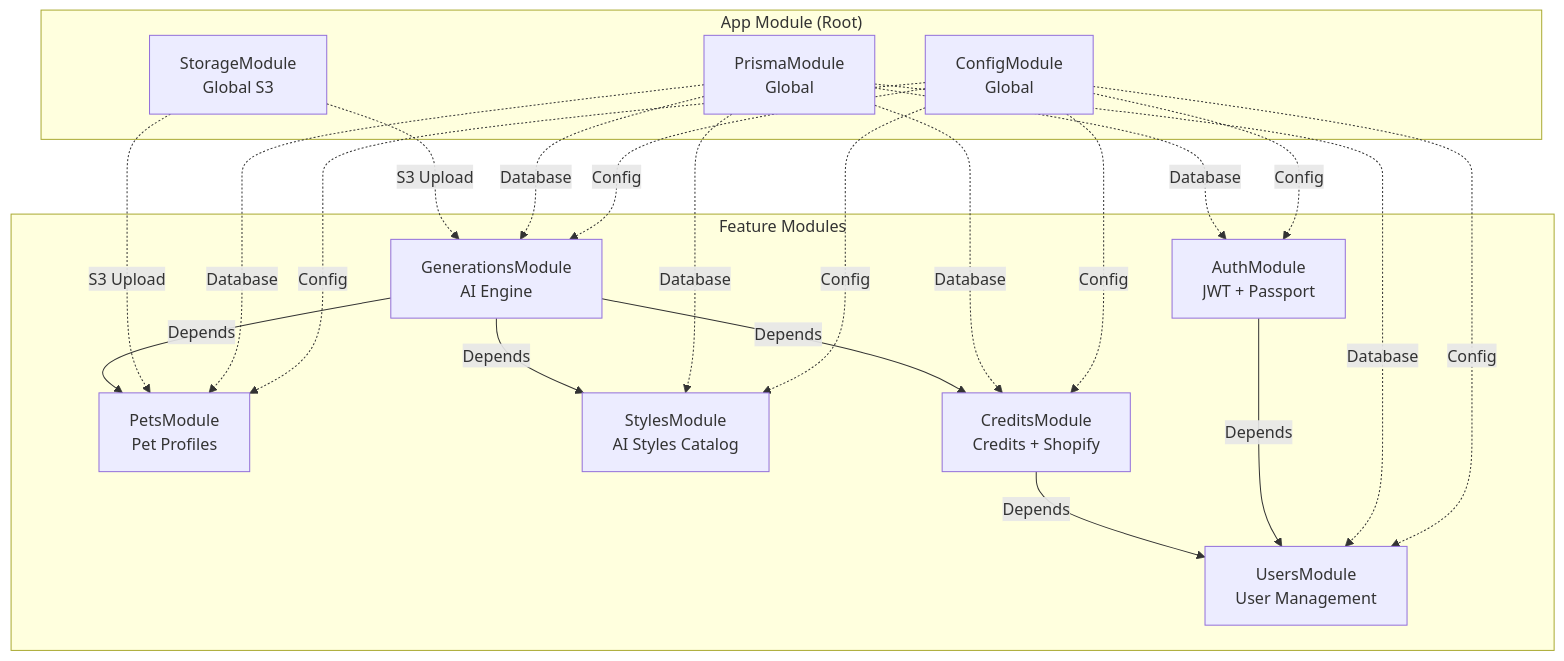
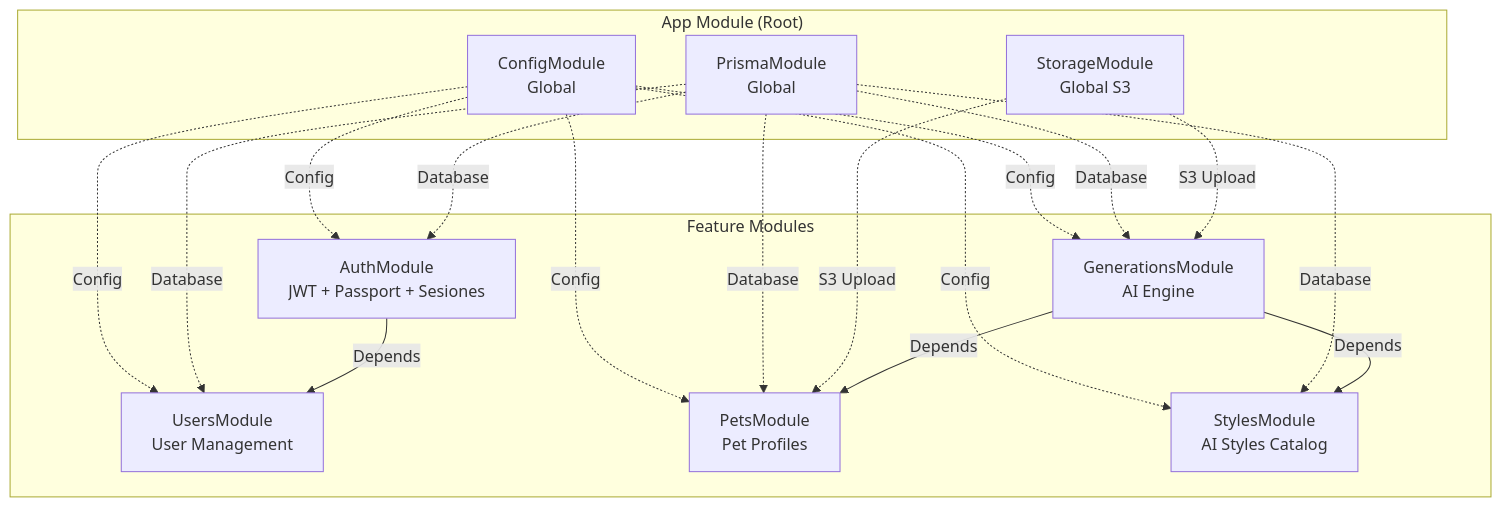
One commit to davitpra/backend-claw-and-soul- changed diagram 12 of 14 in FLUJOS.md. Above: the diagram before and after it, drawn with Mermaid. The commit also changed other lines of this file and 3 other files, not shown here.

Commit message:
feat(auth): update JWT strategy, guards, filters and flow documentation

````diff
--- a/FLUJOS.md
+++ b/FLUJOS.md
@@ -339,40 +368,35 @@
 ```mermaid
 graph TB
     subgraph "App Module (Root)"
         CM[ConfigModule<br/>Global]
         PM[PrismaModule<br/>Global]
         SM[StorageModule<br/>Global S3]
     end
 
     subgraph "Feature Modules"
-        AM[AuthModule<br/>JWT + Passport]
+        AM[AuthModule<br/>JWT + Passport + Sesiones]
         UM[UsersModule<br/>User Management]
         PE[PetsModule<br/>Pet Profiles]
         ST[StylesModule<br/>AI Styles Catalog]
         GM[GenerationsModule<br/>AI Engine]
-        CR[CreditsModule<br/>Credits + Shopify]
     end
 
     CM -.->|Config| AM
     CM -.->|Config| UM
     CM -.->|Config| PE
     CM -.->|Config| ST
     CM -.->|Config| GM
-    CM -.->|Config| CR
 
     PM -.->|Database| AM
     PM -.->|Database| UM
     PM -.->|Database| PE
     PM -.->|Database| ST
     PM -.->|Database| GM
-    PM -.->|Database| CR
 
     SM -.->|S3 Upload| PE
     SM -.->|S3 Upload| GM
 
     AM -->|Depends| UM
     GM -->|Depends| PE
     GM -->|Depends| ST
-    GM -->|Depends| CR
-    CR -->|Depends| UM
 ```
````
